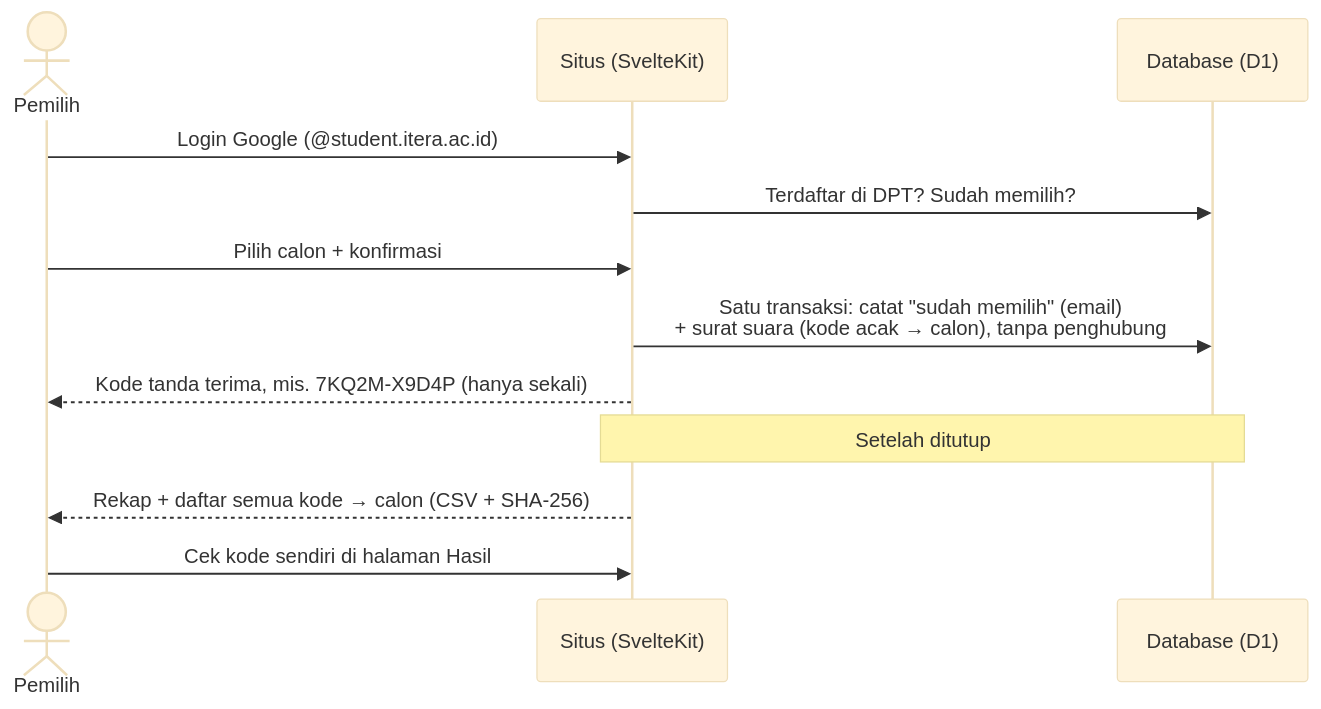
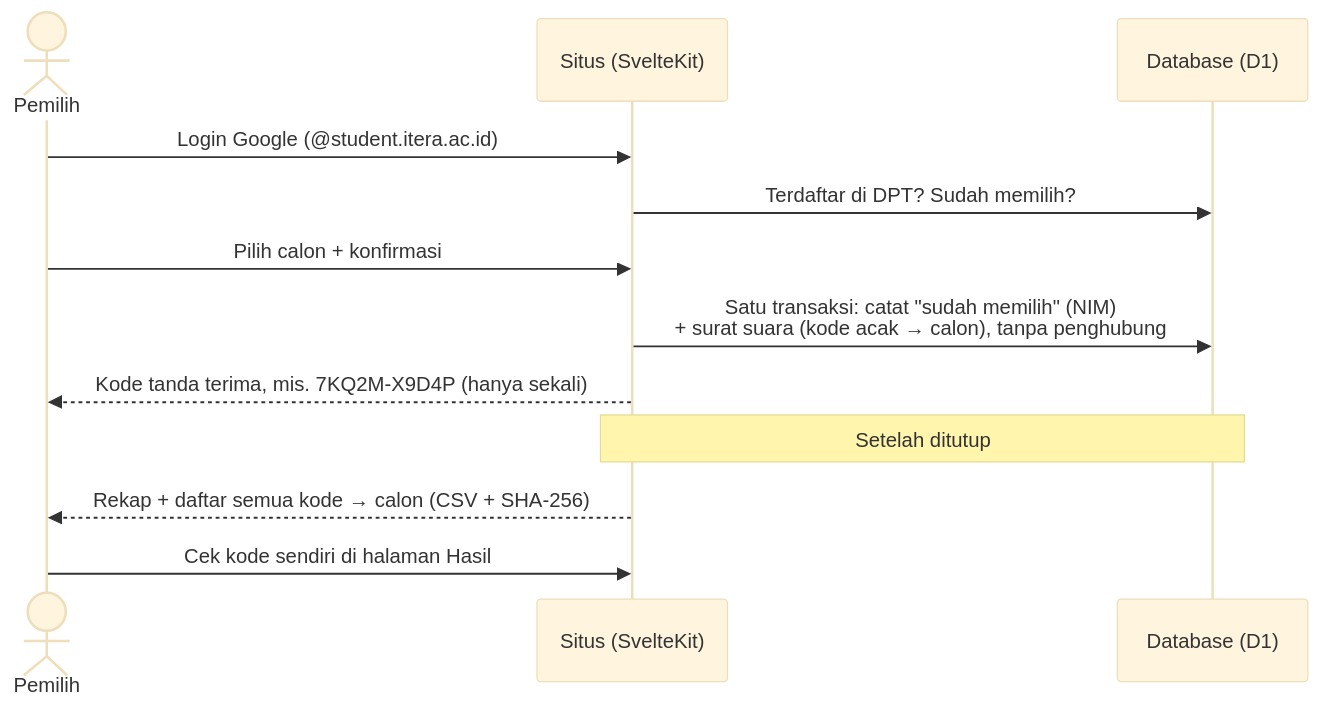
The diagram in README.md (Persekutuan-Mahasiswa-Kristen-ITERA/pemira-pmk-2026), drawn with Mermaid (base theme) before and after one commit. The commit also changed other lines of this file and 18 other files, not shown here.

First line of the commit message:
Match voters by NIM instead of full email

````diff
--- a/README.md
+++ b/README.md
@@ -42,15 +42,15 @@
 ```mermaid
 sequenceDiagram
     actor P as Pemilih
     participant S as Situs (SvelteKit)
     participant DB as Database (D1)
 
     P->>S: Login Google (@student.itera.ac.id)
     S->>DB: Terdaftar di DPT? Sudah memilih?
     P->>S: Pilih calon + konfirmasi
-    S->>DB: Satu transaksi: catat "sudah memilih" (email)<br/>+ surat suara (kode acak → calon), tanpa penghubung
+    S->>DB: Satu transaksi: catat "sudah memilih" (NIM)<br/>+ surat suara (kode acak → calon), tanpa penghubung
     S-->>P: Kode tanda terima, mis. 7KQ2M-X9D4P (hanya sekali)
     Note over S,DB: Setelah ditutup
     S-->>P: Rekap + daftar semua kode → calon (CSV + SHA-256)
     P->>S: Cek kode sendiri di halaman Hasil
 ```
````
